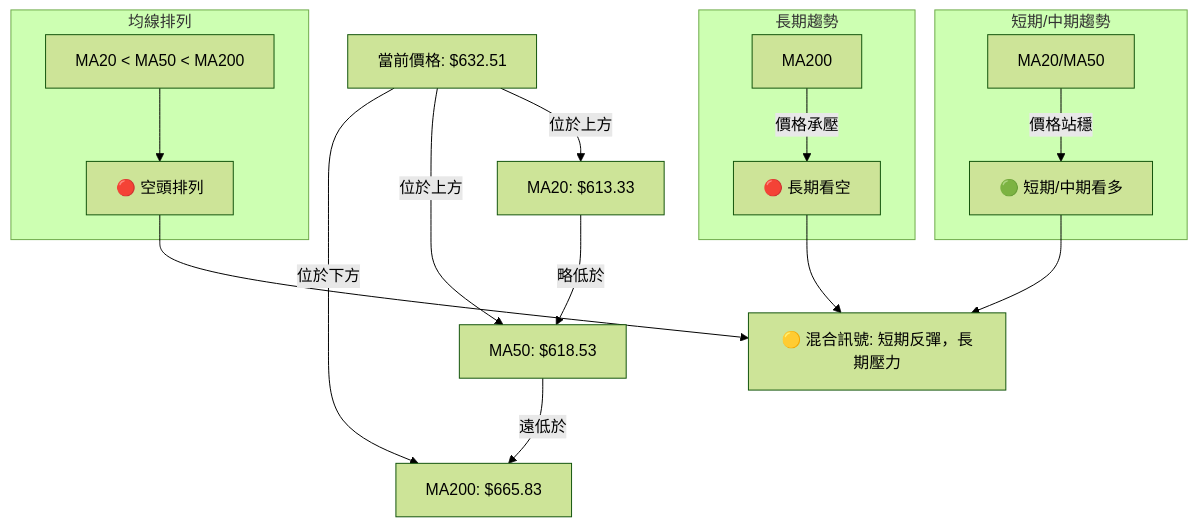
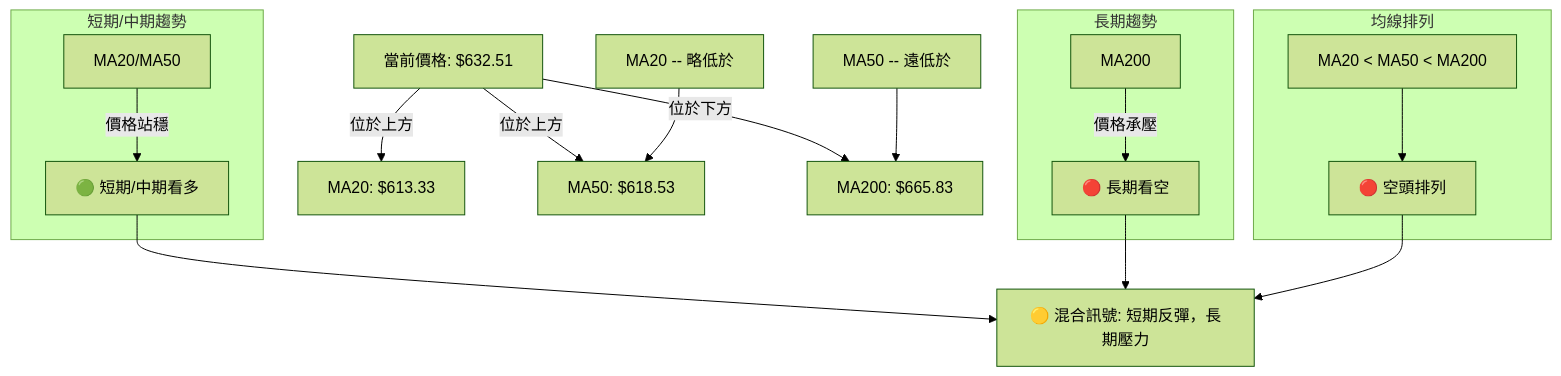
One commit to yennanliu/finance_data changed the seventh of 8 diagrams in ai_gen_report/stock/meta/technical_analysis_2026-05-31_gemini.md. Above: the diagram before and after it, drawn with Mermaid (forest theme). The commit also changed other lines of this file and 2258 other files, not shown here.

First line of the commit message:
chore: backfill Mermaid syntax repair across existing reports

````diff
--- a/ai_gen_report/stock/meta/technical_analysis_2026-05-31_gemini.md
+++ b/ai_gen_report/stock/meta/technical_analysis_2026-05-31_gemini.md
@@ -445,30 +445,30 @@
 ```mermaid
 graph TD
-    P[當前價格: $632.51]
-    MA20[MA20: $613.33]
-    MA50[MA50: $618.53]
-    MA200[MA200: $665.83]
+    P["當前價格: $632.51"]
+    MA20["MA20: $613.33"]
+    MA50["MA50: $618.53"]
+    MA200["MA200: $665.83"]
 
-    P --> |位於上方| MA20
-    P --> |位於上方| MA50
-    P --> |位於下方| MA200
+    P --> |"位於上方"| MA20
+    P --> |"位於上方"| MA50
+    P --> |"位於下方"| MA200
 
-    MA20 -- 略低於 --> MA50
-    MA50 -- 遠低於 --> MA200
+    nb1["MA20 -- 略低於"] --> MA50
+    nb2["MA50 -- 遠低於"] --> MA200
 
     subgraph 短期/中期趨勢
-        MA_short[MA20/MA50]
-        MA_short --> |價格站穩| Bullish_short[🟢 短期/中期看多]
+        MA_short["MA20/MA50"]
+        MA_short --> |"價格站穩"| Bullish_short["🟢 短期/中期看多"]
     end
 
     subgraph 長期趨勢
-        MA_long[MA200]
-        MA_long --> |價格承壓| Bearish_long[🔴 長期看空]
+        MA_long["MA200"]
+        MA_long --> |"價格承壓"| Bearish_long["🔴 長期看空"]
     end
 
     subgraph 均線排列
-        Order[MA20 < MA50 < MA200] --> Bearish_order[🔴 空頭排列]
+        Order["MA20 < MA50 < MA200"] --> Bearish_order["🔴 空頭排列"]
     end
 
-    Bullish_short & Bearish_long & Bearish_order --> Mixed_signal[🟡 混合訊號: 短期反彈，長期壓力]
+    Bullish_short & Bearish_long & Bearish_order --> Mixed_signal["🟡 混合訊號: 短期反彈，長期壓力"]
 ```
````
